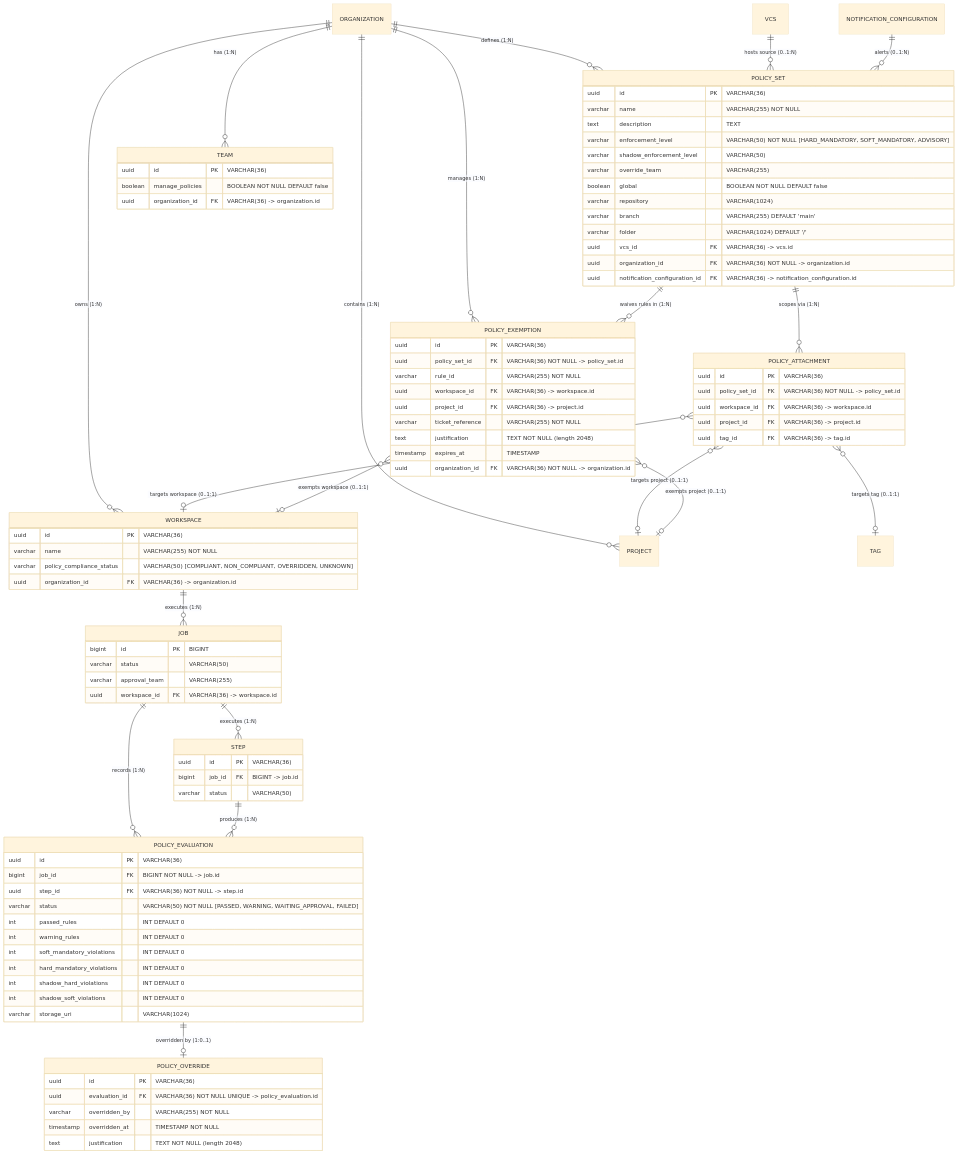
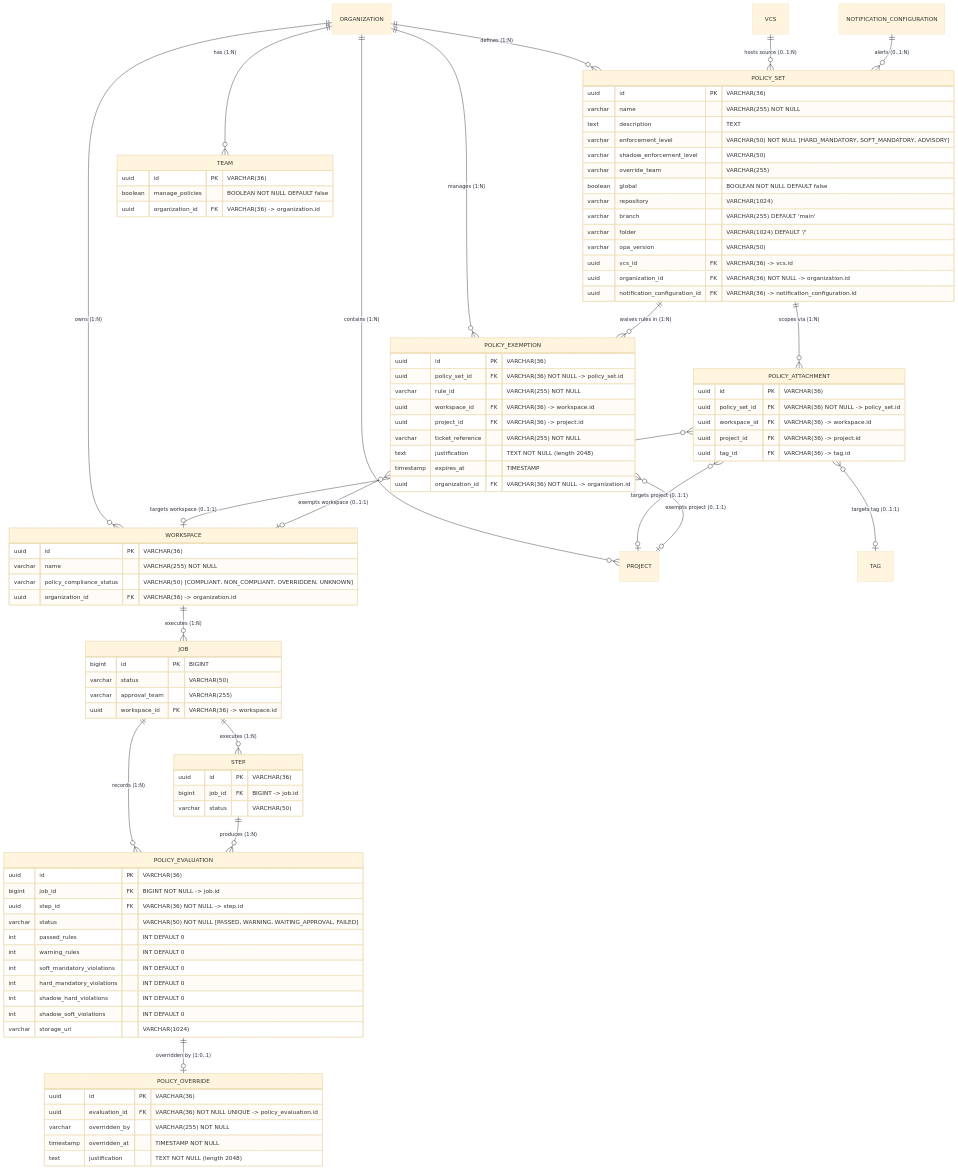
Before and after one commit to terrakube-io/.agents: the second of 5 diagrams in skills/terrakube-opa-policy-governance/SKILL.md, drawn with Mermaid (base theme). The commit also changed other lines of this file, not shown here.

Commit message:
docs: add opa_version field to PolicySet entity documentation

```diff
--- a/skills/terrakube-opa-policy-governance/SKILL.md
+++ b/skills/terrakube-opa-policy-governance/SKILL.md
@@ -95,6 +95,7 @@
         varchar repository "VARCHAR(1024)"
         varchar branch "VARCHAR(255) DEFAULT 'main'"
         varchar folder "VARCHAR(1024) DEFAULT '/'"
+        varchar opa_version "VARCHAR(50)"
         uuid vcs_id FK "VARCHAR(36) -> vcs.id"
         uuid organization_id FK "VARCHAR(36) NOT NULL -> organization.id"
         uuid notification_configuration_id FK "VARCHAR(36) -> notification_configuration.id"
```
